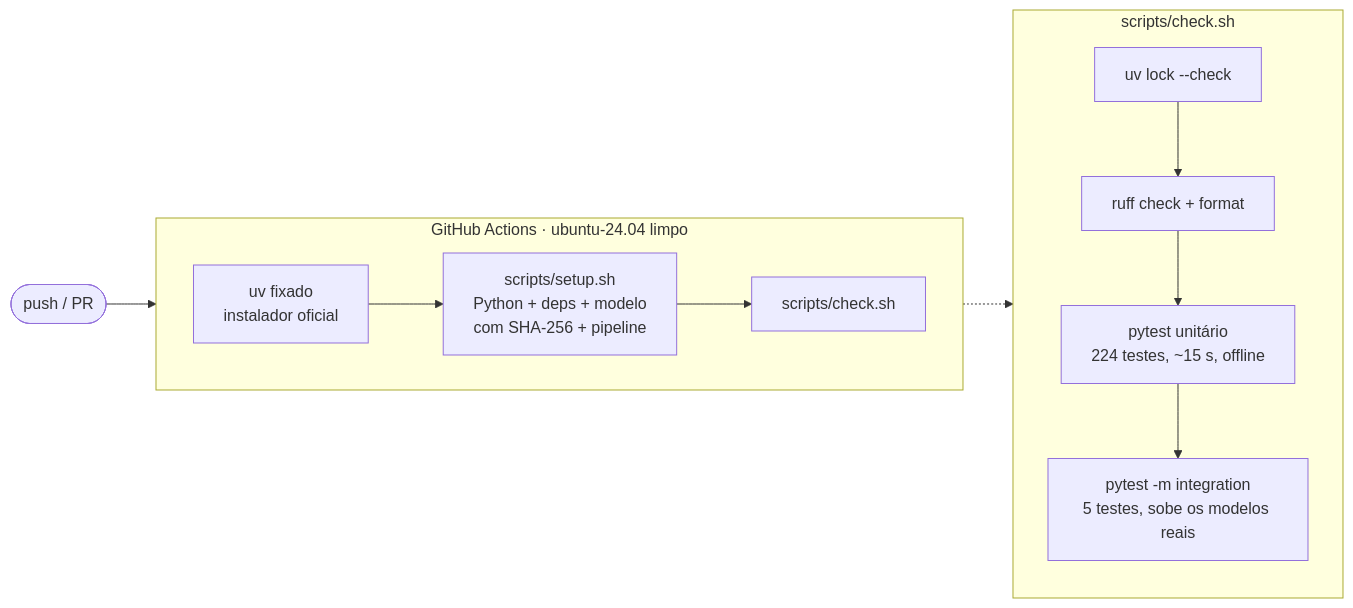
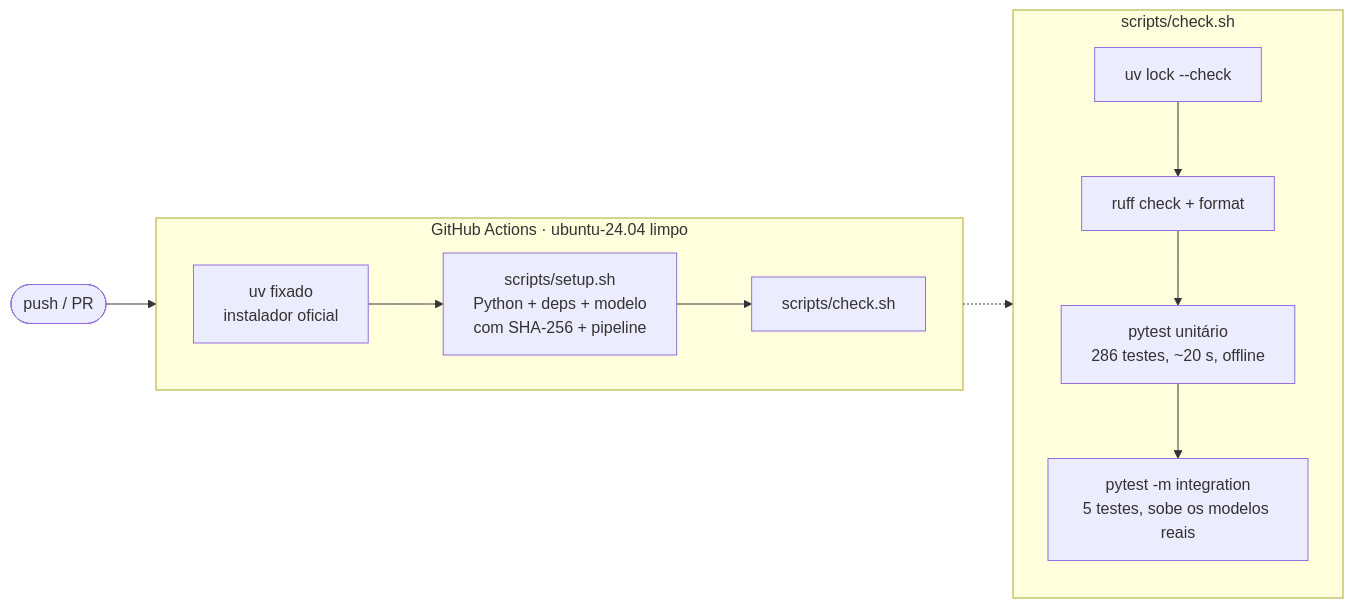
Before and after one commit to RonildoSilva/ai-engineer-challenge: the sixth of 14 diagrams in README.md, drawn with Mermaid. The commit also changed other lines of this file and 3 other files, not shown here.

````diff
--- a/README.md
+++ b/README.md
@@ -213,15 +216,15 @@
 ```mermaid
 flowchart LR
     P([push / PR]) --> CI
     subgraph CI[GitHub Actions · ubuntu-24.04 limpo]
         direction LR
         U[uv fixado<br/>instalador oficial] --> S[scripts/setup.sh<br/>Python + deps + modelo<br/>com SHA-256 + pipeline] --> K[scripts/check.sh]
     end
     subgraph K2[scripts/check.sh]
         direction TB
         L1[uv lock --check] --> L2[ruff check + format]
-        L2 --> L3[pytest unitário<br/>224 testes, ~15 s, offline]
+        L2 --> L3[pytest unitário<br/>286 testes, ~20 s, offline]
         L3 --> L4[pytest -m integration<br/>5 testes, sobe os modelos reais]
     end
     K -.-> K2
 ```
````
